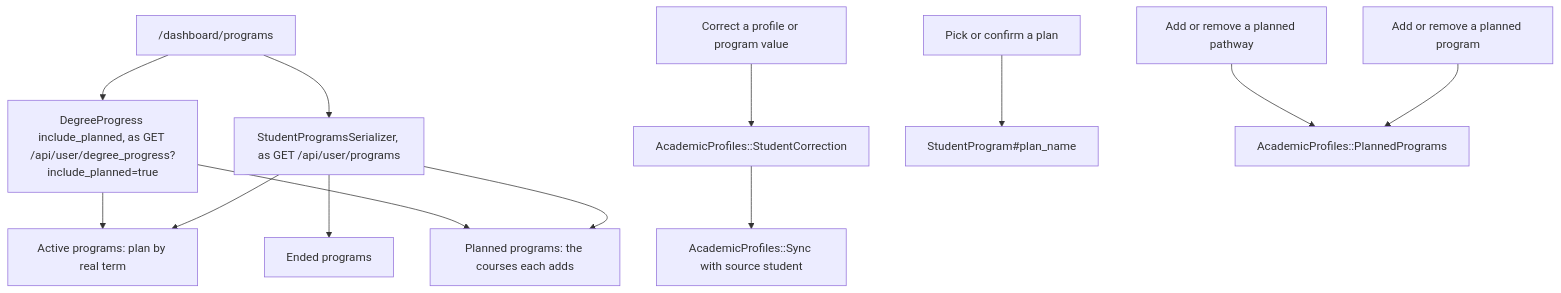
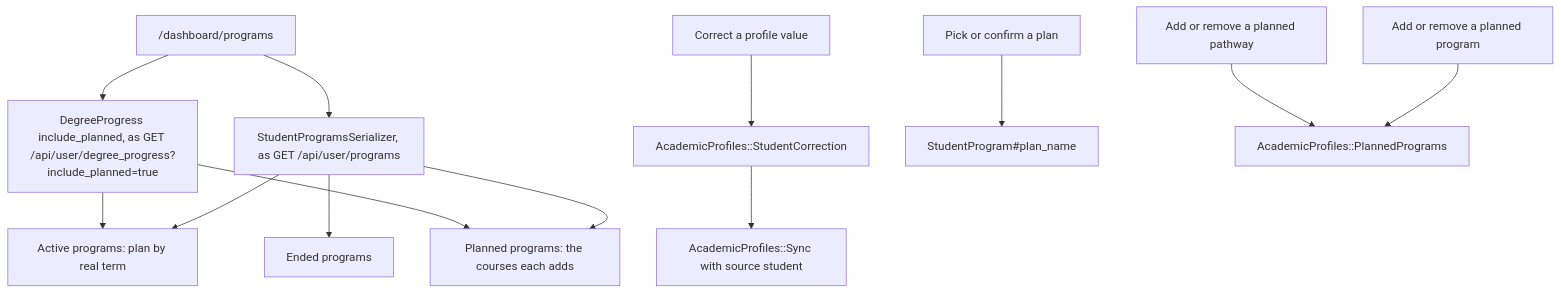
Before and after one commit to WITCodingClub/calendar-backend: the fifth of 6 diagrams in docs/academic-profile.md, drawn with Mermaid. The commit also changed other lines of this file and 13 other files, not shown here.

````diff
--- a/docs/academic-profile.md
+++ b/docs/academic-profile.md
@@ -155,15 +157,15 @@
 ```mermaid
 flowchart TD
   P["/dashboard/programs"] --> S["StudentProgramsSerializer, as GET /api/user/programs"]
   P --> D["DegreeProgress include_planned, as GET /api/user/degree_progress?include_planned=true"]
   S --> A[Active programs: plan by real term]
   D --> A
   S --> W[Planned programs: the courses each adds]
   D --> W
   S --> E[Ended programs]
-  C[Correct a profile or program value] --> X[AcademicProfiles::StudentCorrection]
+  C[Correct a profile value] --> X[AcademicProfiles::StudentCorrection]
   X --> Y[AcademicProfiles::Sync with source student]
   K[Pick or confirm a plan] --> N[StudentProgram#plan_name]
   L[Add or remove a planned program] --> M[AcademicProfiles::PlannedPrograms]
   Q[Add or remove a planned pathway] --> M
 ```
````
